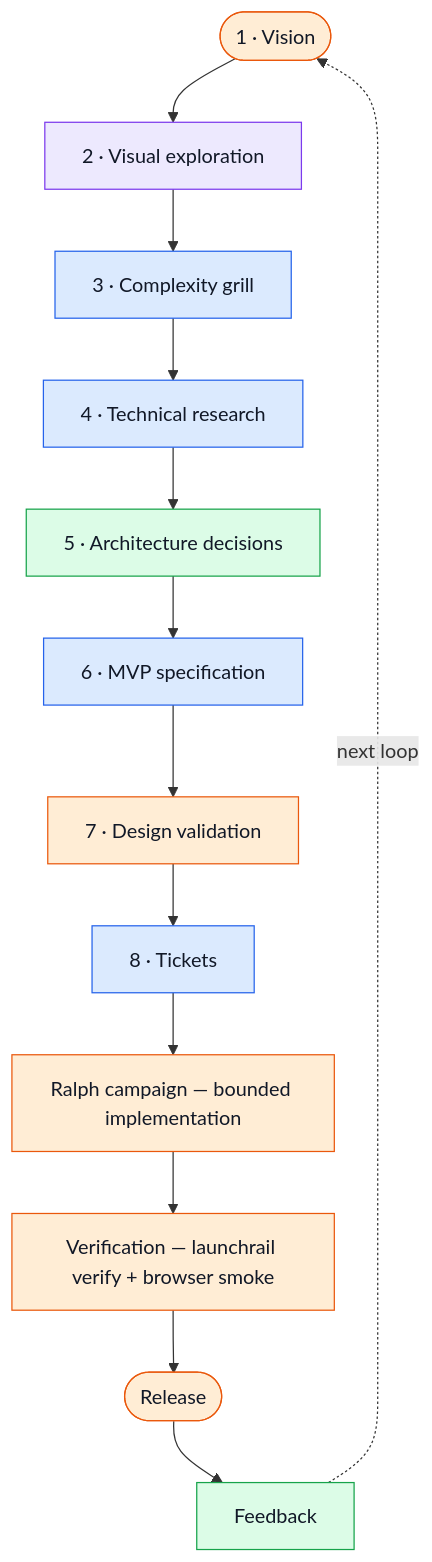
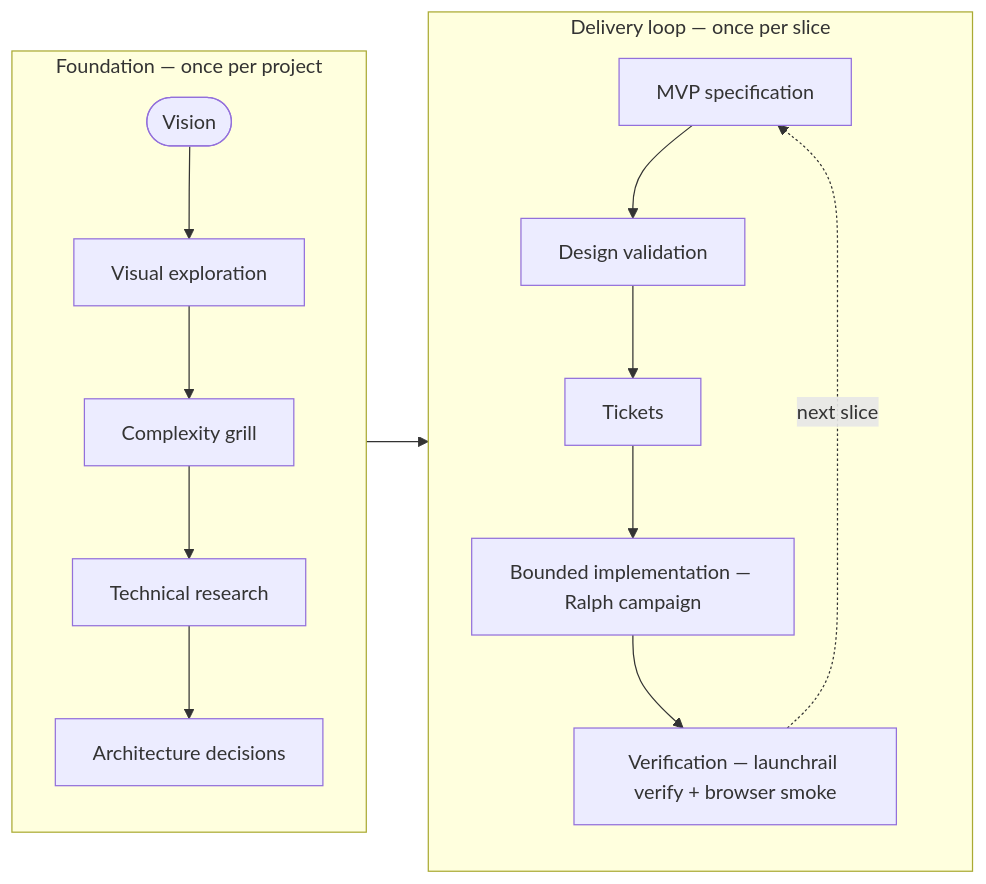
Before and after one commit to wemuda/launchrail: the diagram in README.md, drawn with Mermaid. The commit also changed other lines of this file, not shown here.

Commit message:
docs(readme): split pipeline into foundation and delivery loop, demote credits
Restructure the how-it-works diagram: a one-time foundation column
(vision through architecture decisions) feeding a per-slice delivery
loop (spec, design validation, tickets, implementation, verification,
back to spec). Drop the stage-owner color coding and legend, drop
release as a diagram step, and remove the ownership-model mermaid
diagram in favor of the table. Move the Matt Pocock credits section
to the bottom of the README with a nav link, keeping a one-line
pointer in how-it-works.

Claude-Session: https://claude.ai/code/session_017qnuNvz8jZ45Trjna1DivB

````diff
--- a/README.md
+++ b/README.md
@@ -42,20 +37,21 @@
 ```mermaid
-flowchart TD
-    V(["1 · Vision"]):::lr --> X["2 · Visual exploration"]:::cd
-    X --> G["3 · Complexity grill"]:::mp
-    G --> R["4 · Technical research"]:::mp
-    R --> A["5 · Architecture decisions"]:::proj
-    A --> S["6 · MVP specification"]:::mp
-    S --> D["7 · Design validation"]:::lr
-    D --> T["8 · Tickets"]:::mp
-    T --> RA["Ralph campaign — bounded implementation"]:::lr
-    RA --> VF["Verification — launchrail verify + browser smoke"]:::lr
-    VF --> REL(["Release"]):::lr
-    REL --> FB["Feedback"]:::proj
-    FB -.->|"next loop"| V
+flowchart LR
+    subgraph foundation ["Foundation — once per project"]
+        direction TB
+        V(["Vision"]) --> X["Visual exploration"]
+        X --> G["Complexity grill"]
+        G --> R["Technical research"]
+        R --> A["Architecture decisions"]
+    end
 
-    classDef lr fill:#ffedd5,stroke:#ea580c,color:#111827
-    classDef mp fill:#dbeafe,stroke:#2563eb,color:#111827
-    classDef cd fill:#ede9fe,stroke:#7c3aed,color:#111827
-    classDef proj fill:#dcfce7,stroke:#16a34a,color:#111827
+    A --> S
+
+    subgraph loop ["Delivery loop — once per slice"]
+        direction TB
+        S["MVP specification"] --> D["Design validation"]
+        D --> T["Tickets"]
+        T --> I["Bounded implementation — Ralph campaign"]
+        I --> VF["Verification — launchrail verify + browser smoke"]
+        VF -.->|"next slice"| S
+    end
 ```
````
